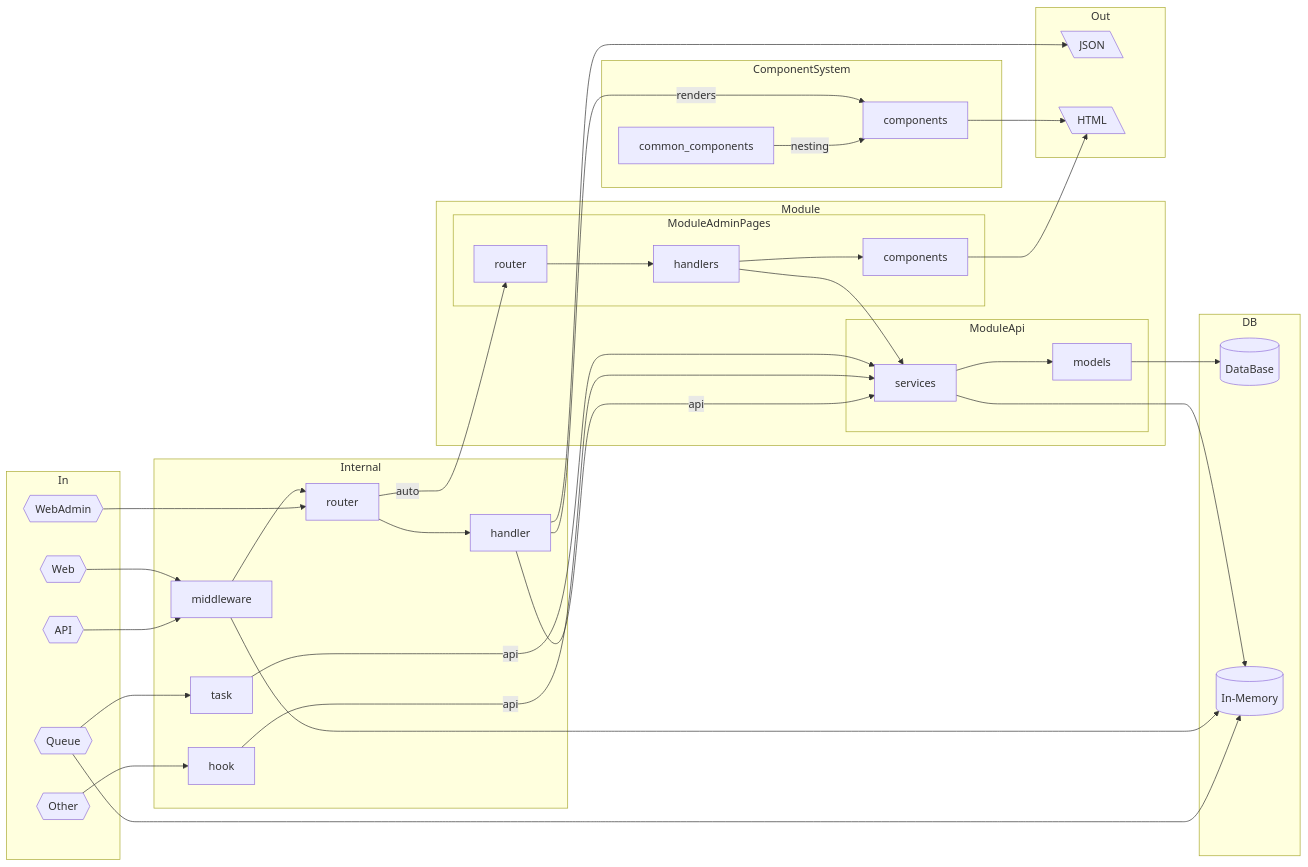
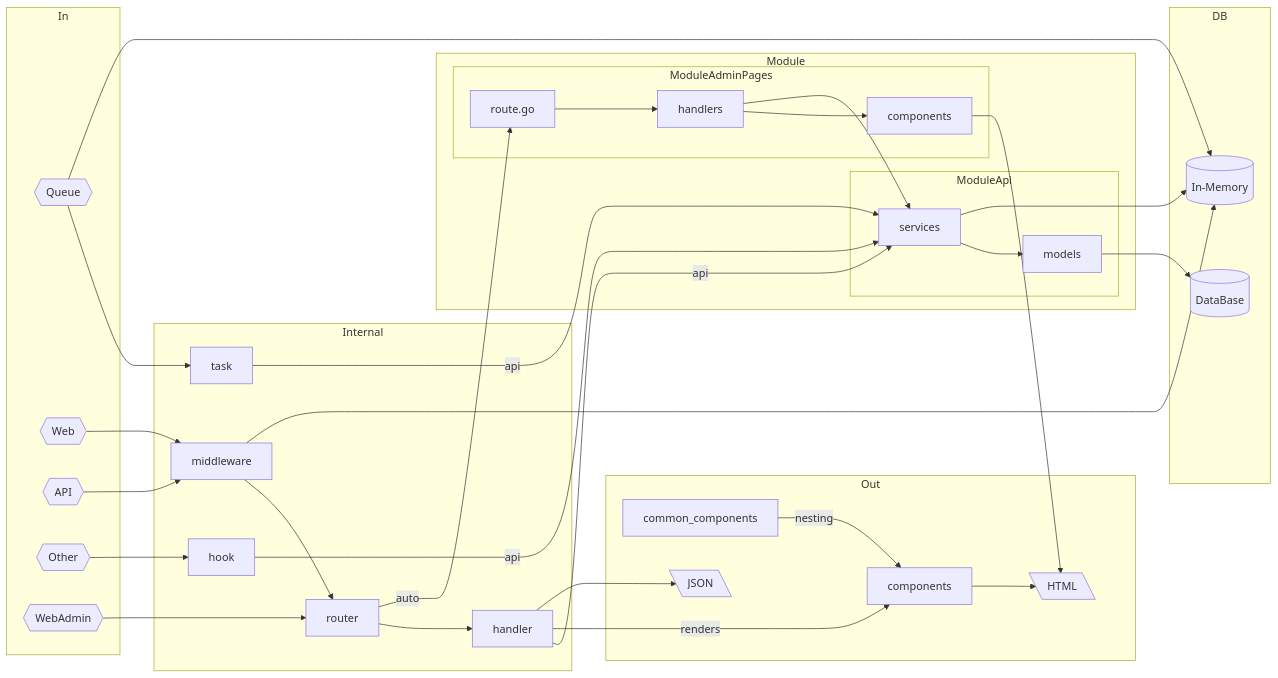
The first of 2 diagrams in docs/README.md (OlegVashkevich/gothrix), drawn with Mermaid before and after one commit. The commit also changed other lines of this file, not shown here.

Commit message:
doc: Схема - мелкие правки

````diff
--- a/docs/README.md
+++ b/docs/README.md
@@ -64,64 +65,62 @@
 ```mermaid
 graph LR
     subgraph In
         queue{{Queue}}
         web{{Web}}
         api{{API}}
         other{{Other}}
         webadmin{{WebAdmin}}
     end
     subgraph Module
         subgraph ModuleApi
             services
             models[models]
         end
         subgraph ModuleAdminPages
             module_components[components]
-            module_router[router]
+            module_router[route.go]
             module_handlers[handlers]
         end
     end
     subgraph Internal
         middleware
         router
         handler
         hook
         task
     end
-    subgraph ComponentSystem
-        common_components
-        components
-    end
-    subgraph Out
-        json[\JSON\]
-        html[\HTML\]
-    end
     subgraph DB
         db[(DataBase)]
         inmemorydb[(In-Memory)]
+    end
+    subgraph Out
+        common_components
+        components
+        json[\JSON\]
+        html[\HTML\]
     end
     queue --> task
     task -- api --> services
     web --> middleware
     api --> middleware
     middleware --> router
     other --> hook
     hook -- api --> services
     router --> handler
     handler -- api --> services
     services --> models[models]
     handler -- renders --> components
     models --> db
     handler --> json
     common_components -- nesting --> components
     components  --> html
     webadmin --> router
     router -- auto --> module_router
     module_router --> module_handlers
     module_handlers --> module_components
     module_handlers --> services
     module_components --> html
     services --> inmemorydb
     middleware --> inmemorydb
     queue --> inmemorydb
 ```
````
